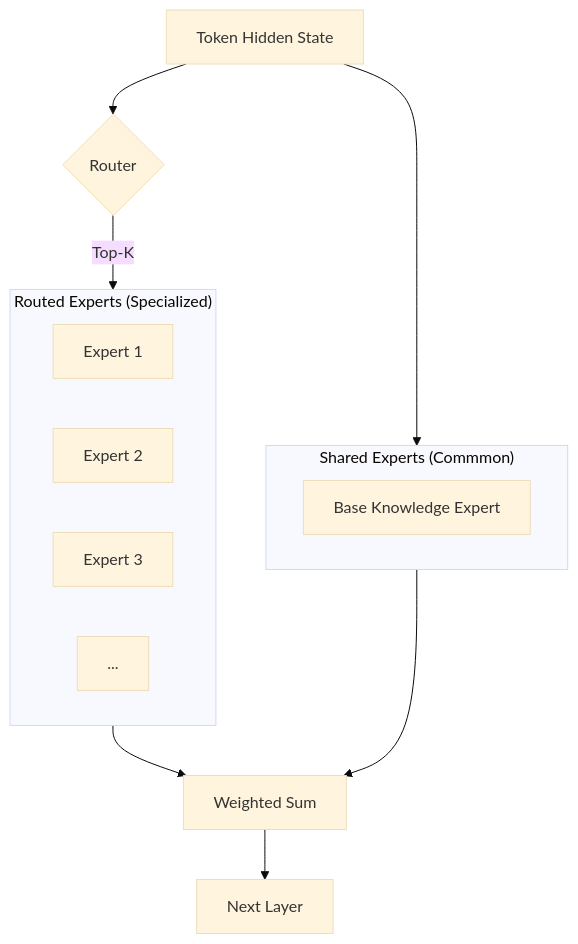
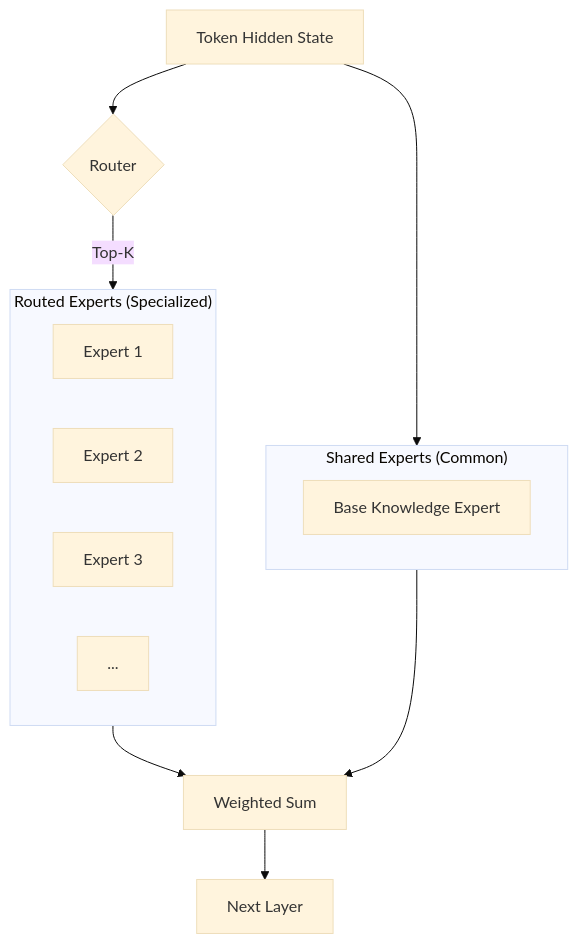
Before and after one commit to shauryanegi/genai-lead-interview-handbook: the second of 2 diagrams in architectures/mixtures-of-experts-moe.md, drawn with Mermaid (base theme). The commit also changed other lines of this file and 2 other files, not shown here.

Commit message:
fix: mermaid parse errors by quoting labels

````diff
--- a/architectures/mixtures-of-experts-moe.md
+++ b/architectures/mixtures-of-experts-moe.md
@@ -50,22 +50,22 @@
 ```mermaid
 graph TD
-    Input[Token Hidden State] --> Router{Router}
+    Input["Token Hidden State"] --> Router{Router}
     
     subgraph Routed ["Routed Experts (Specialized)"]
-        RE1[Expert 1]
-        RE2[Expert 2]
-        RE3[Expert 3]
-        RE4[...]
+        RE1["Expert 1"]
+        RE2["Expert 2"]
+        RE3["Expert 3"]
+        RE4["..."]
     end
     
-    subgraph Shared ["Shared Experts (Commmon)"]
-        SE1[Base Knowledge Expert]
+    subgraph Shared ["Shared Experts (Common)"]
+        SE1["Base Knowledge Expert"]
     end
 
     Router -- Top-K --> Routed
     Input --> Shared
     
-    Routed --> Sum[Weighted Sum]
+    Routed --> Sum["Weighted Sum"]
     Shared --> Sum
-    Sum --> Output[Next Layer]
+    Sum --> Output["Next Layer"]
 ```
````
